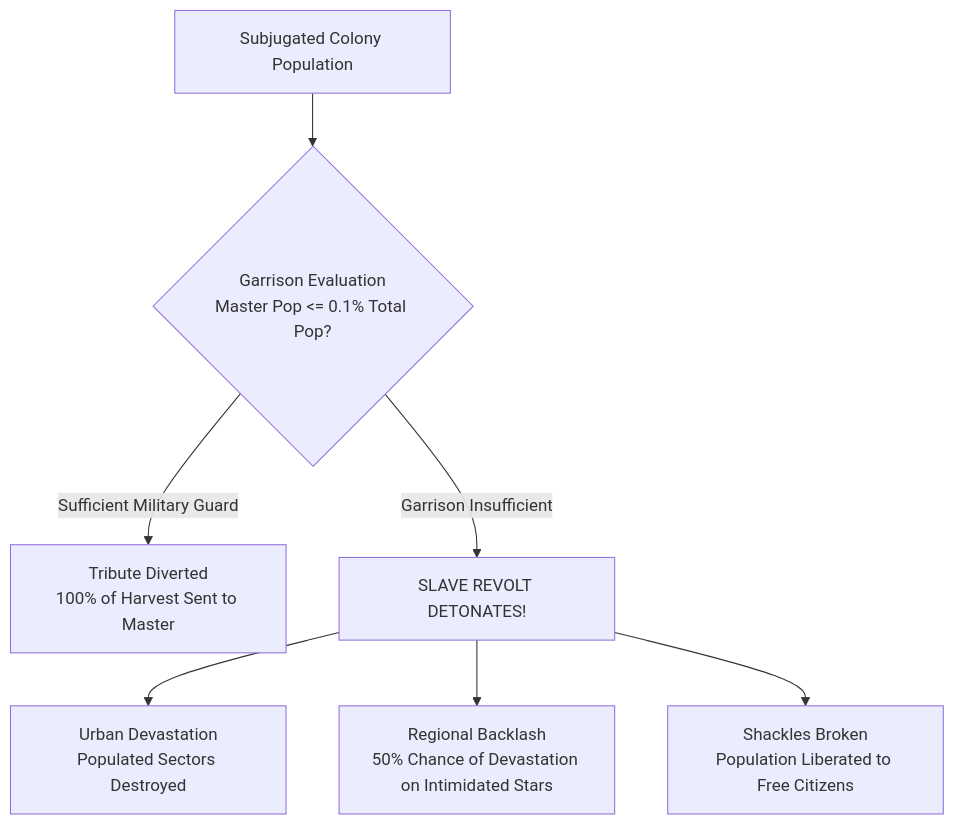
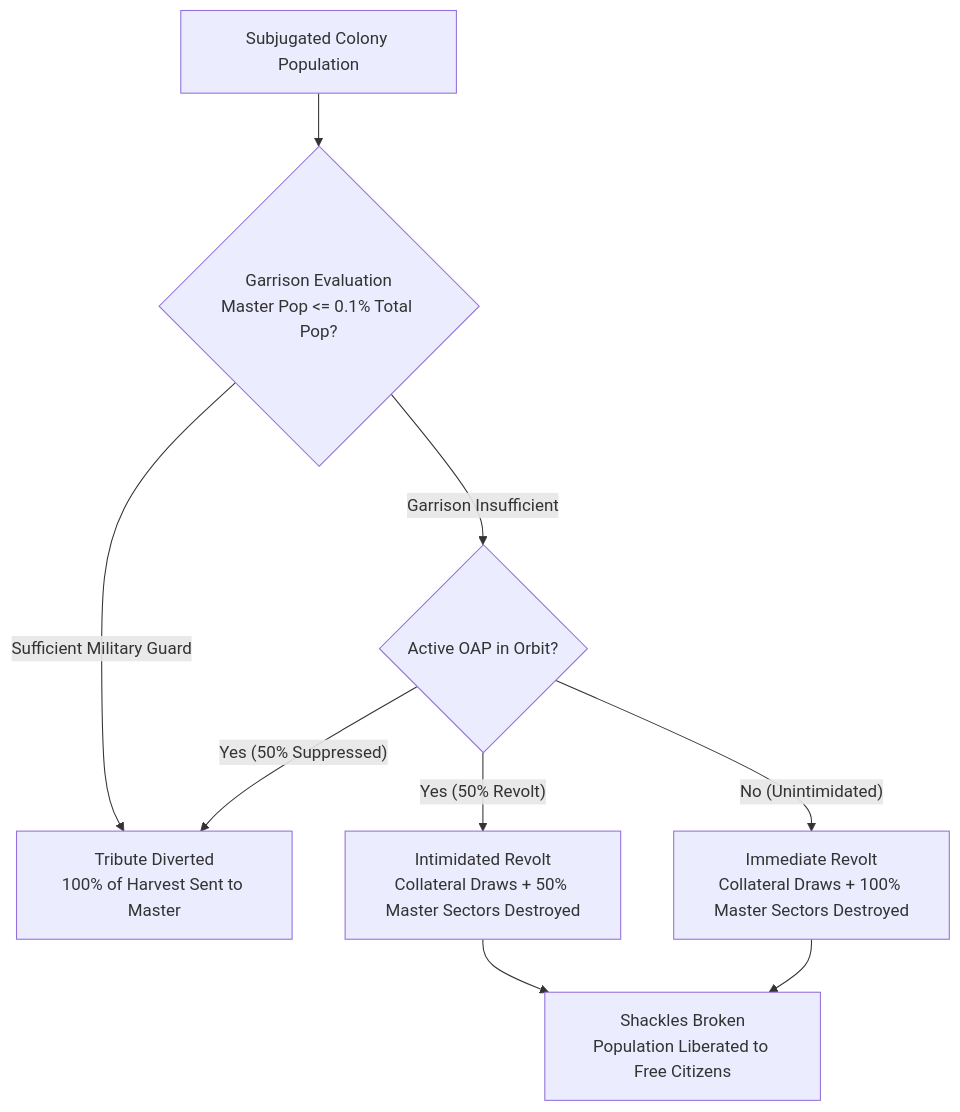
The seventh of 7 diagrams in docs/planets.md (kaladron/galactic-bloodshed), drawn with Mermaid before and after one commit. The commit also changed other lines of this file and 8 other files, not shown here.

First line of the commit message:
fix(entities,turn,docs): restore 1989 slave revolt and OAP intimidation mechanics

````diff
--- a/docs/planets.md
+++ b/docs/planets.md
@@ -195,10 +195,11 @@
 ```mermaid
 flowchart TD
     Sub["Subjugated Colony Population"] --> Check{"Garrison Evaluation\nMaster Pop <= 0.1% Total Pop?"}
     Check -->|Sufficient Military Guard| Tributary["Tribute Diverted\n100% of Harvest Sent to Master"]
-    Check -->|Garrison Insufficient| Uprising["SLAVE REVOLT DETONATES!"]
-    
-    Uprising --> Casualties["Urban Devastation\nPopulated Sectors Destroyed"]
-    Uprising --> Backlash["Regional Backlash\n50% Chance of Devastation on Intimidated Stars"]
-    Uprising --> Freedom["Shackles Broken\nPopulation Liberated to Free Citizens"]
+    Check -->|Garrison Insufficient| OAP{"Active OAP in Orbit?"}
+    OAP -->|"Yes (50% Suppressed)"| Tributary
+    OAP -->|"Yes (50% Revolt)"| IntimRevolt["Intimidated Revolt\nCollateral Draws + 50% Master Sectors Destroyed"]
+    OAP -->|"No (Unintimidated)"| FullRevolt["Immediate Revolt\nCollateral Draws + 100% Master Sectors Destroyed"]
+    IntimRevolt --> Freedom["Shackles Broken\nPopulation Liberated to Free Citizens"]
+    FullRevolt --> Freedom
 ```
````
